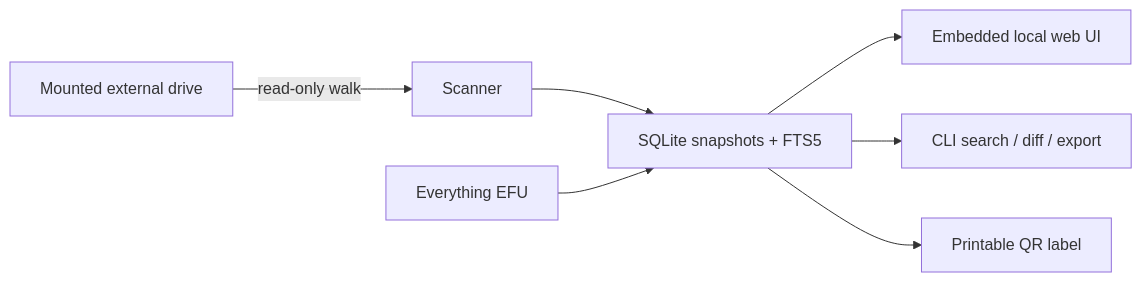
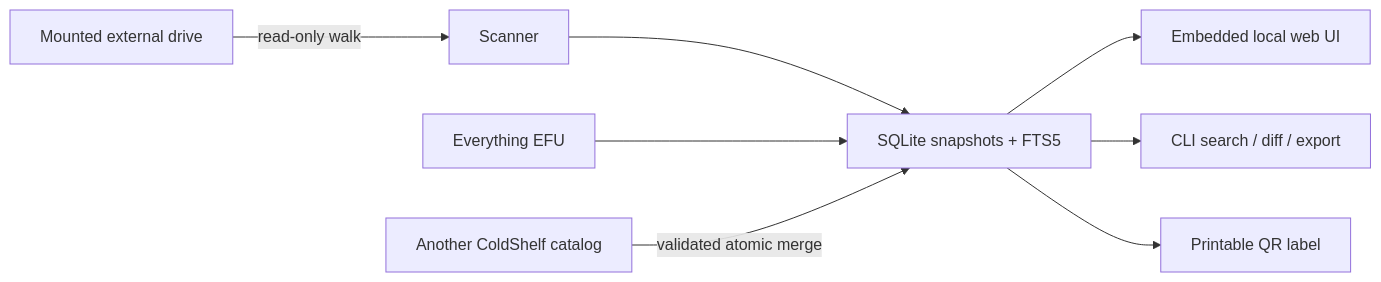
The diagram in README.md (CAOShurong/coldshelf), drawn with Mermaid before and after one commit. The commit also changed other lines of this file and 13 other files, not shown here.

Commit message:
Add atomic cross-catalog imports (#14)

````diff
--- a/README.md
+++ b/README.md
@@ -114,9 +116,10 @@
 ```mermaid
 flowchart LR
   A["Mounted external drive"] -->|"read-only walk"| B["Scanner"]
   B --> C["SQLite snapshots + FTS5"]
   D["Everything EFU"] --> C
+  H["Another ColdShelf catalog"] -->|"validated atomic merge"| C
   C --> E["Embedded local web UI"]
   C --> F["CLI search / diff / export"]
   C --> G["Printable QR label"]
 ```
````
